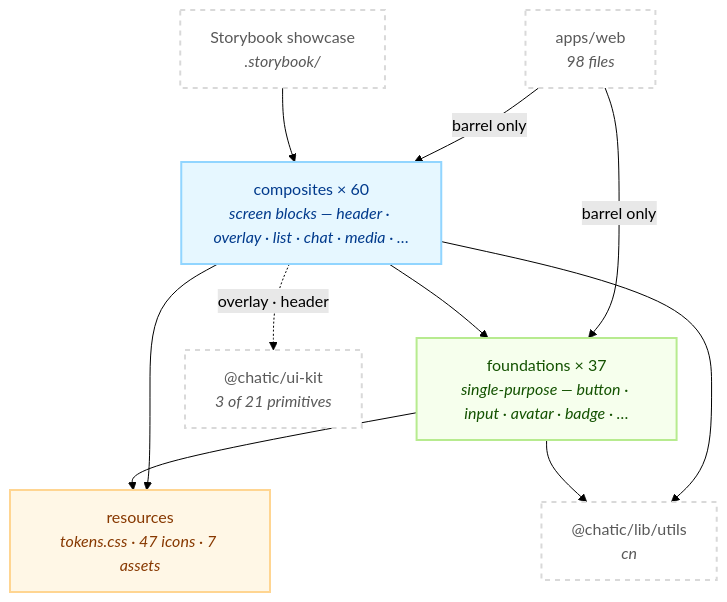
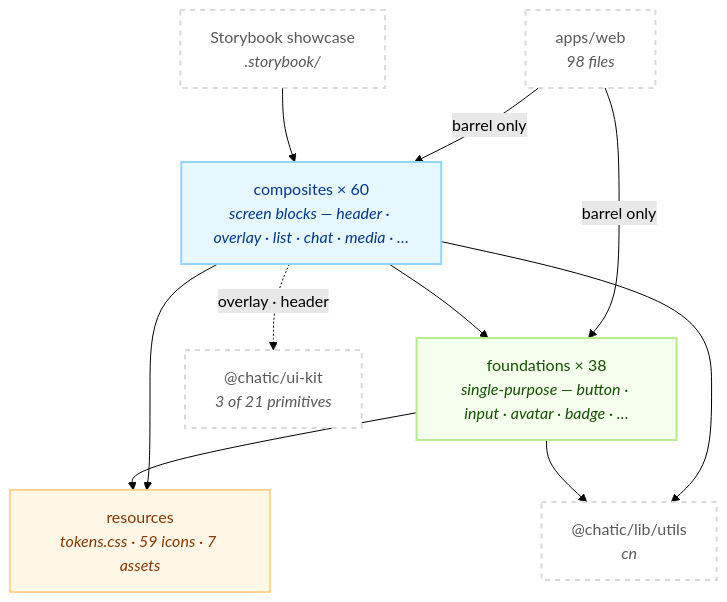
Before and after one commit to lemoncloud-io/dou-app: the first of 2 diagrams in libs/web-ui-kit/README.md, drawn with Mermaid (forest theme). The commit also changed other lines of this file and 36 other files, not shown here.

````diff
--- a/libs/web-ui-kit/README.md
+++ b/libs/web-ui-kit/README.md
@@ -116,27 +116,27 @@
 ```mermaid
 flowchart TD
     classDef comp fill:#e6f7ff,stroke:#91d5ff,stroke-width:2px,color:#003a8c;
     classDef found fill:#f6ffed,stroke:#b7eb8f,stroke-width:2px,color:#135200;
     classDef res fill:#fff7e6,stroke:#ffd591,stroke-width:2px,color:#873800;
     classDef ext fill:#ffffff,stroke:#d9d9d9,stroke-width:2px,color:#595959,stroke-dasharray: 5 5;
 
     App["apps/web<br/><i>98 files</i>"]:::ext
     SB["Storybook showcase<br/><i>.storybook/</i>"]:::ext
 
     C["composites × 60<br/><i>screen blocks — header · overlay · list · chat · media · …</i>"]:::comp
-    F["foundations × 37<br/><i>single-purpose — button · input · avatar · badge · …</i>"]:::found
-    R["resources<br/><i>tokens.css · 47 icons · 7 assets</i>"]:::res
+    F["foundations × 38<br/><i>single-purpose — button · input · avatar · badge · …</i>"]:::found
+    R["resources<br/><i>tokens.css · 59 icons · 7 assets</i>"]:::res
 
     UK["@chatic/ui-kit<br/><i>3 of 21 primitives</i>"]:::ext
     CN["@chatic/lib/utils<br/><i>cn</i>"]:::ext
 
     App -->|"barrel only"| C
     App -->|"barrel only"| F
     SB --> C
     C --> F
     C --> R
     F --> R
     C -.->|"overlay · header"| UK
     C --> CN
     F --> CN
 ```
````
